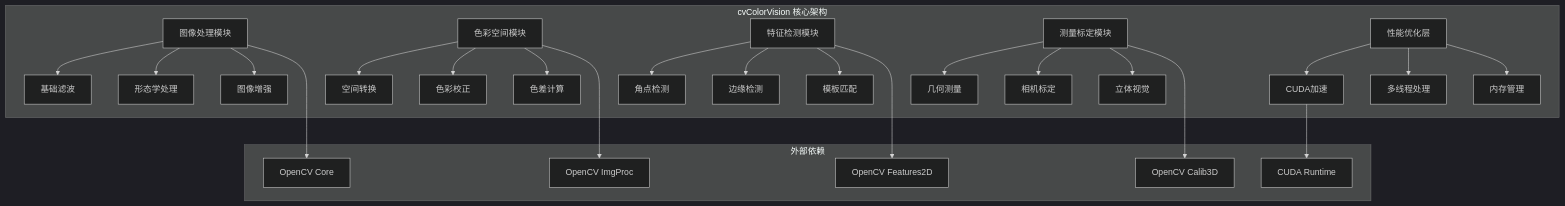
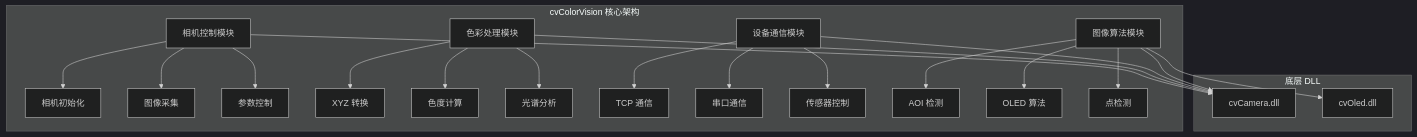
The diagram in docs/engine-components/cvColorVision.md (xincheng213618/scgd_general_wpf), drawn with Mermaid (dark theme) before and after one commit. The commit also changed other lines of this file and 1 other file, not shown here.

````diff
--- a/docs/engine-components/cvColorVision.md
+++ b/docs/engine-components/cvColorVision.md
@@ -55,38 +73,31 @@
 ```mermaid
 graph TB
     subgraph "cvColorVision 核心架构"
-        A[图像处理模块] --> A1[基础滤波]
-        A --> A2[形态学处理]
-        A --> A3[图像增强]
+        A[相机控制模块] --> A1[相机初始化]
+        A --> A2[图像采集]
+        A --> A3[参数控制]
         
-        B[色彩空间模块] --> B1[空间转换]
-        B --> B2[色彩校正]
-        B --> B3[色差计算]
+        B[色彩处理模块] --> B1[XYZ 转换]
+        B --> B2[色度计算]
+        B --> B3[光谱分析]
         
-        C[特征检测模块] --> C1[角点检测]
-        C --> C2[边缘检测]
-        C --> C3[模板匹配]
+        C[设备通信模块] --> C1[TCP 通信]
+        C --> C2[串口通信]
+        C --> C3[传感器控制]
         
-        D[测量标定模块] --> D1[几何测量]
-        D --> D2[相机标定]
-        D --> D3[立体视觉]
-        
-        E[性能优化层] --> E1[CUDA加速]
-        E --> E2[多线程处理]
-        E --> E3[内存管理]
+        D[图像算法模块] --> D1[AOI 检测]
+        D --> D2[OLED 算法]
+        D --> D3[点检测]
     end
     
-    subgraph "外部依赖"
-        F[OpenCV Core]
-        G[OpenCV ImgProc]
-        H[OpenCV Features2D]
-        I[OpenCV Calib3D]
-        J[CUDA Runtime]
+    subgraph "底层 DLL"
+        E[cvCamera.dll]
+        F[cvOled.dll]
     end
     
-    A --> F
-    B --> G
-    C --> H
-    D --> I
-    E1 --> J
+    A --> E
+    B --> E
+    C --> E
+    D --> E
+    D --> F
 ```
````
